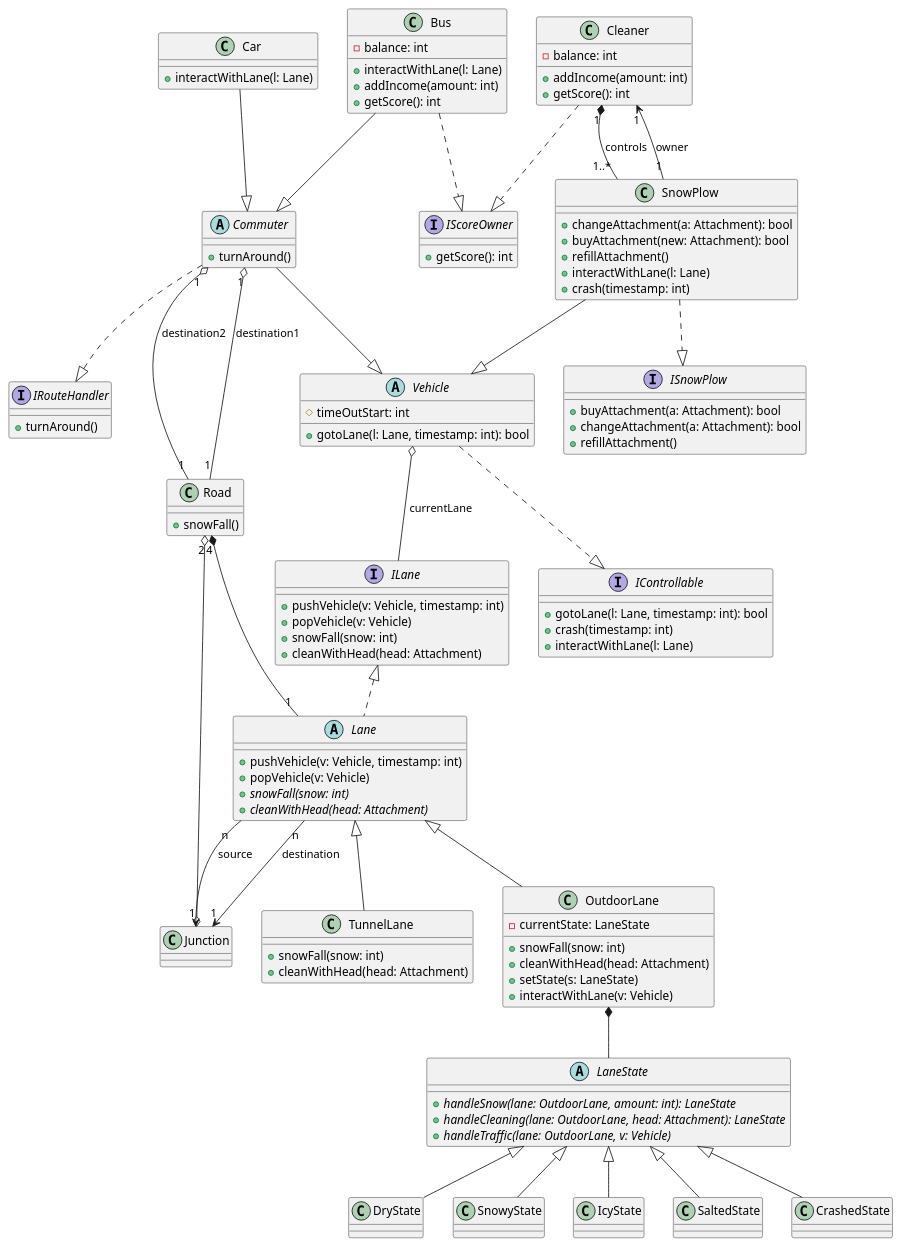
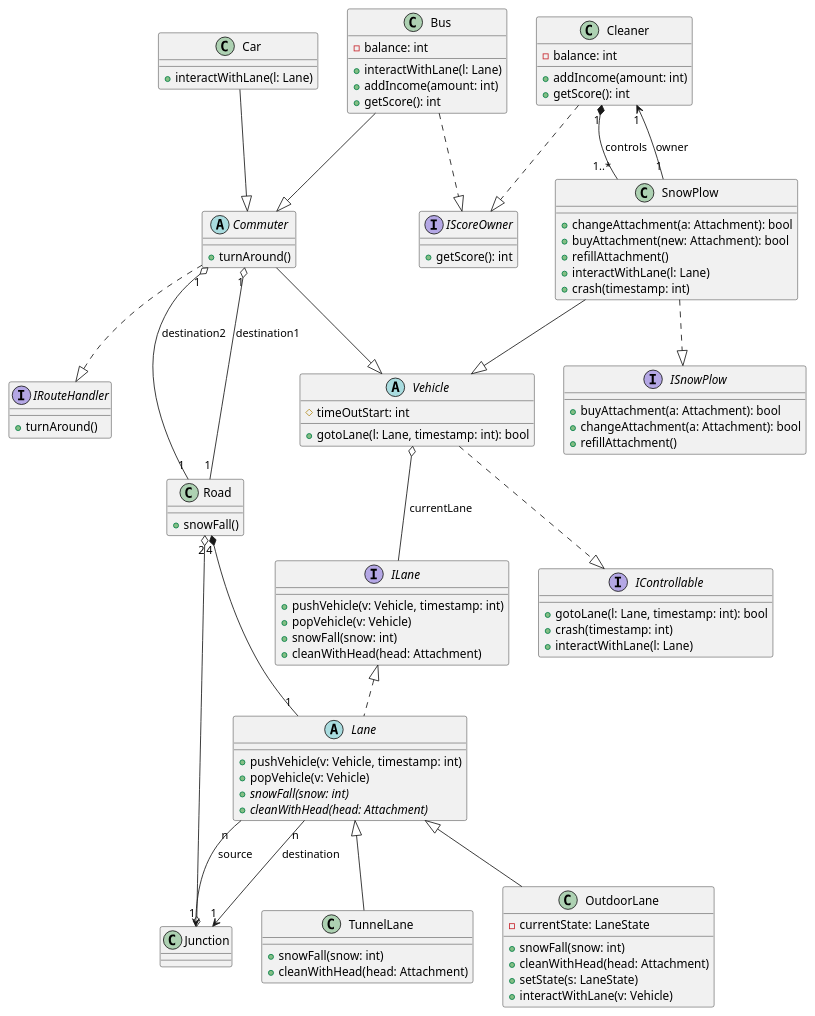
One commit to toth-andor/UneNotteANapoli changed the diagram in docs/04/diagrams/class-diagram1.puml. Above: the diagram before and after it, drawn with PlantUML. The commit also changed 1 other file, not shown here.

Commit message:
Move LaneState and its children to diagram2

```diff
--- a/docs/04/diagrams/class-diagram1.puml
+++ b/docs/04/diagrams/class-diagram1.puml
@@ -1,124 +1,107 @@
 @startuml class-diagram
 abstract Vehicle {
   # timeOutStart: int
   + gotoLane(l: Lane, timestamp: int): bool
 }
 class Bus {
   - balance: int
   + interactWithLane(l: Lane)
   + addIncome(amount: int)
   + getScore(): int
 }
 class SnowPlow {
   + changeAttachment(a: Attachment): bool
   + buyAttachment(new: Attachment): bool
   + refillAttachment()
   + interactWithLane(l: Lane)
   + crash(timestamp: int)
 }
 class Car {
   + interactWithLane(l: Lane)
 }
 class Road {
   + snowFall()
 }
 
 interface ILane {
   + pushVehicle(v: Vehicle, timestamp: int)
   + popVehicle(v: Vehicle)
   + snowFall(snow: int)
   + cleanWithHead(head: Attachment)
 }
 
 abstract Lane {
   + pushVehicle(v: Vehicle, timestamp: int)
   + popVehicle(v: Vehicle)
   {abstract} + snowFall(snow: int)
   {abstract} + cleanWithHead(head: Attachment)
 }
 
 class OutdoorLane {
   - currentState: LaneState
   + snowFall(snow: int)
   + cleanWithHead(head: Attachment)
   + setState(s: LaneState)
   + interactWithLane(v: Vehicle)
 }
 
 class TunnelLane {
   + snowFall(snow: int)
   + cleanWithHead(head: Attachment)
 }
 
 ' --- State Pattern for OutdoorLane ---
 
-abstract LaneState {
-  {abstract} + handleSnow(lane: OutdoorLane, amount: int): LaneState
-  {abstract} + handleCleaning(lane: OutdoorLane, head: Attachment): LaneState
-  {abstract} + handleTraffic(lane: OutdoorLane, v: Vehicle)
-}
-
-class DryState
-class SnowyState
-class IcyState
-class SaltedState
-class CrashedState
 
 class Junction
 class Cleaner {
   - balance: int
   + addIncome(amount: int)
   + getScore(): int
 }
 abstract class Commuter {
   + turnAround()
 }
 interface IControllable {
   + gotoLane(l: Lane, timestamp: int): bool
   + crash(timestamp: int)
   + interactWithLane(l: Lane)
 }
 interface ISnowPlow {
   + buyAttachment(a: Attachment): bool
   + changeAttachment(a: Attachment): bool
   + refillAttachment()
 }
 interface IRouteHandler {
   + turnAround()
 }
 interface IScoreOwner {
   + getScore(): int
 }
 
 ILane <|.. Lane
 Lane <|-- OutdoorLane
 Lane <|-- TunnelLane
 
-LaneState <|-- DryState
-LaneState <|-- SnowyState
-LaneState <|-- IcyState
-LaneState <|-- SaltedState
-LaneState <|-- CrashedState
 
-OutdoorLane *-- LaneState
 
 Lane "n" --> "1" Junction : source
 Lane "n" --> "1" Junction : destination
 
 Road "4" *-- "1" Lane
 Road "2" o--o Junction
 Vehicle  o-- ILane : currentLane
 Commuter "1" o-- "1" Road : destination1
 Commuter "1" o-- "1" Road : destination2
 Vehicle ..|> IControllable
 SnowPlow --|> Vehicle
 SnowPlow ..|> ISnowPlow
 Commuter --|> Vehicle
 Commuter ..|> IRouteHandler
 Bus --|> Commuter
 Bus ..|> IScoreOwner
 Car --|> Commuter
 Cleaner ..|> IScoreOwner
 Cleaner "1" *-- "1..*" SnowPlow : controls
 SnowPlow "1" --> "1" Cleaner : owner
 @enduml
```
